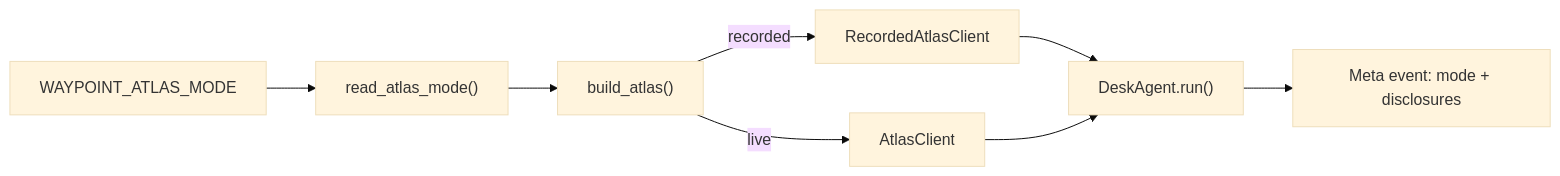
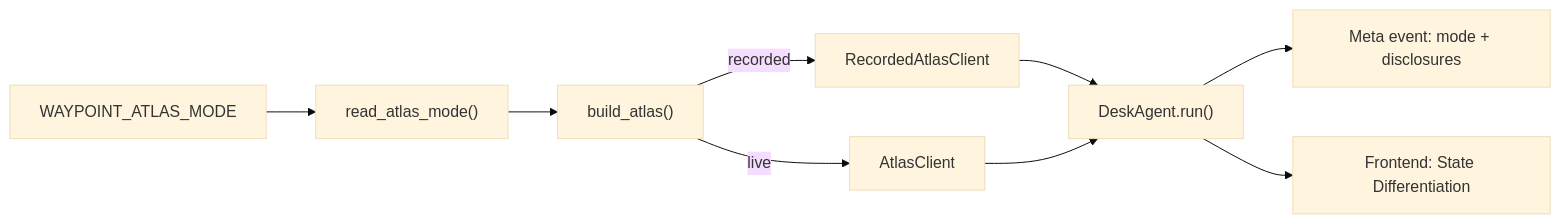
The sixth of 7 diagrams in .qoder/repowiki/en/content/Atlas Integration/Recorded Mode Engine.md (jaydonnnk/waypoint), drawn with Mermaid (base theme) before and after one commit. The commit also changed other lines of this file and 14 other files, not shown here.

````diff
--- a/.qoder/repowiki/en/content/Atlas Integration/Recorded Mode Engine.md
+++ b/.qoder/repowiki/en/content/Atlas Integration/Recorded Mode Engine.md
@@ -261,10 +348,11 @@
 ```mermaid
 graph LR
 ENV["WAYPOINT_ATLAS_MODE"] --> CFG["read_atlas_mode()"]
 CFG --> ROUTE["build_atlas()"]
 ROUTE --> |recorded| RC["RecordedAtlasClient"]
 ROUTE --> |live| LC["AtlasClient"]
 RC --> LOOP["DeskAgent.run()"]
 LC --> LOOP
 LOOP --> META["Meta event: mode + disclosures"]
+LOOP --> FE["Frontend: State Differentiation"]
 ```
````
